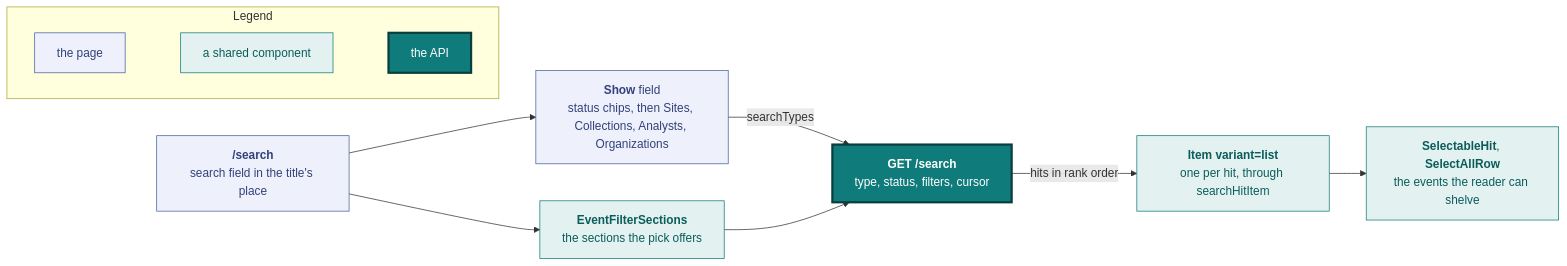
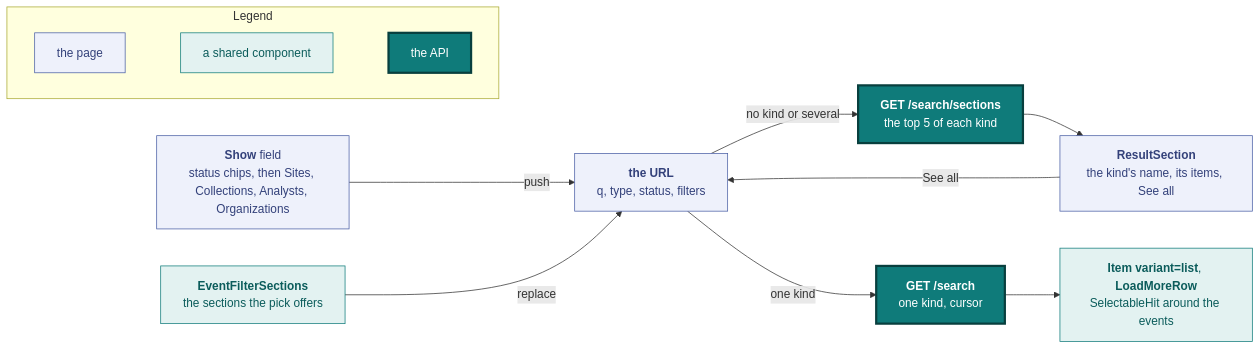
One commit to vidithq/vidit changed diagram 20 of 23 in docs/design.md. Above: the diagram before and after it, drawn with Mermaid. The commit also changed other lines of this file and 22 other files, not shown here.

First line of the commit message:
feat(search): sections by kind, See all, and the view in the URL

````diff
--- a/docs/design.md
+++ b/docs/design.md
@@ -1948,34 +1948,37 @@
 ```mermaid
 flowchart LR
   classDef spec fill:#eef1fb,stroke:#4a5fa5,color:#33417a
   classDef shared fill:#e3f2f1,stroke:#0f7b7a,color:#0b5c5b
   classDef core fill:#0f7b7a,stroke:#083f3e,stroke-width:3px,color:#ffffff
 
   subgraph legend [Legend]
     direction LR
     l1["`the page`"]:::spec
     l2["`a shared component`"]:::shared
     l3["`the API`"]:::core
     l1 ~~~ l2 ~~~ l3
   end
 
-  page["`**/search**
-  search field in the title's place`"]:::spec
+  url["`**the URL**
+  q, type, status, filters`"]:::spec
   show["`**Show** field
   status chips, then Sites, Collections, Analysts, Organizations`"]:::spec
   panel["`**EventFilterSections**
   the sections the pick offers`"]:::shared
-  rows["`**Item variant=list**
-  one per hit, through searchHitItem`"]:::shared
-  select["`**SelectableHit**, **SelectAllRow**
-  the events the reader can shelve`"]:::shared
-  api["`**GET /search**
-  type, status, filters, cursor`"]:::core
+  sectionsApi["`**GET /search/sections**
+  the top 5 of each kind`"]:::core
+  listApi["`**GET /search**
+  one kind, cursor`"]:::core
+  sections["`**ResultSection**
+  the kind's name, its items, See all`"]:::spec
+  list["`**Item variant=list**, **LoadMoreRow**
+  SelectableHit around the events`"]:::shared
 
-  page --> show
-  page --> panel
-  show -->|"searchTypes"| api
-  panel --> api
-  api -->|"hits in rank order"| rows
-  rows --> select
+  show -->|"push"| url
+  panel -->|"replace"| url
+  url -->|"no kind or several"| sectionsApi
+  url -->|"one kind"| listApi
+  sectionsApi --> sections
+  listApi --> list
+  sections -->|"See all"| url
 ```
````
